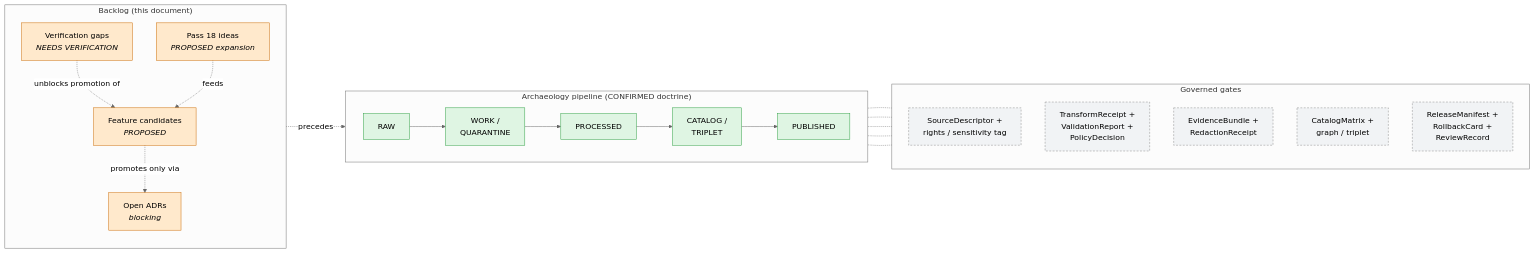
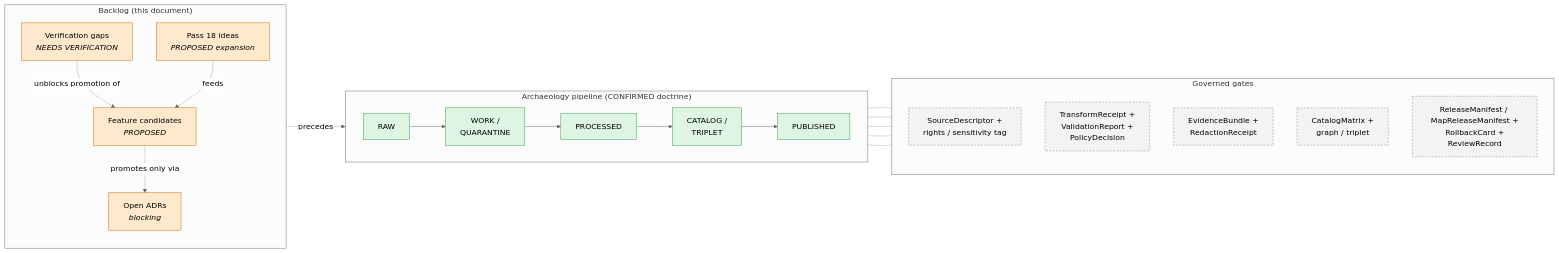
One commit to bartytime4life/Kansas-Frontier-Matrix changed the diagram in docs/domains/archaeology/EXPANSION_BACKLOG.md. Above: the diagram before and after it, drawn with Mermaid (neutral theme). The commit also changed other lines of this file, not shown here.

````diff
--- a/docs/domains/archaeology/EXPANSION_BACKLOG.md
+++ b/docs/domains/archaeology/EXPANSION_BACKLOG.md
@@ -130,42 +137,42 @@
 ```mermaid
 flowchart LR
   subgraph BACKLOG["Backlog (this document)"]
     direction TB
     F["Feature candidates<br/><i>PROPOSED</i>"]
     V["Verification gaps<br/><i>NEEDS VERIFICATION</i>"]
     A["Open ADRs<br/><i>blocking</i>"]
     P["Pass 18 ideas<br/><i>PROPOSED expansion</i>"]
   end
 
   subgraph PIPE["Archaeology pipeline (CONFIRMED doctrine)"]
     direction LR
     RAW["RAW"] --> WQ["WORK /<br/>QUARANTINE"] --> PROC["PROCESSED"] --> CAT["CATALOG /<br/>TRIPLET"] --> PUB["PUBLISHED"]
   end
 
   subgraph GATES["Governed gates"]
     direction TB
     G1["SourceDescriptor +<br/>rights / sensitivity tag"]
     G2["TransformReceipt +<br/>ValidationReport +<br/>PolicyDecision"]
     G3["EvidenceBundle +<br/>RedactionReceipt"]
     G4["CatalogMatrix +<br/>graph / triplet"]
-    G5["ReleaseManifest +<br/>RollbackCard +<br/>ReviewRecord"]
+    G5["ReleaseManifest / MapReleaseManifest +<br/>RollbackCard +<br/>ReviewRecord"]
   end
 
   F -.promotes only via.-> A
   V -.unblocks promotion of.-> F
   P -.feeds.-> F
   A -.precedes.-> PIPE
 
   RAW -.- G1
   WQ -.- G2
   PROC -.- G3
   CAT -.- G4
   PUB -.- G5
 
   classDef confirmed fill:#dff5e3,stroke:#2ea043,color:#000;
   classDef proposed  fill:#ffe9cc,stroke:#cc6a00,color:#000;
   classDef unknown   fill:#f1f3f5,stroke:#8a8a8a,color:#000,stroke-dasharray:4 3;
   class RAW,WQ,PROC,CAT,PUB confirmed;
   class F,V,A,P proposed;
   class G1,G2,G3,G4,G5 unknown;
 ```
````
